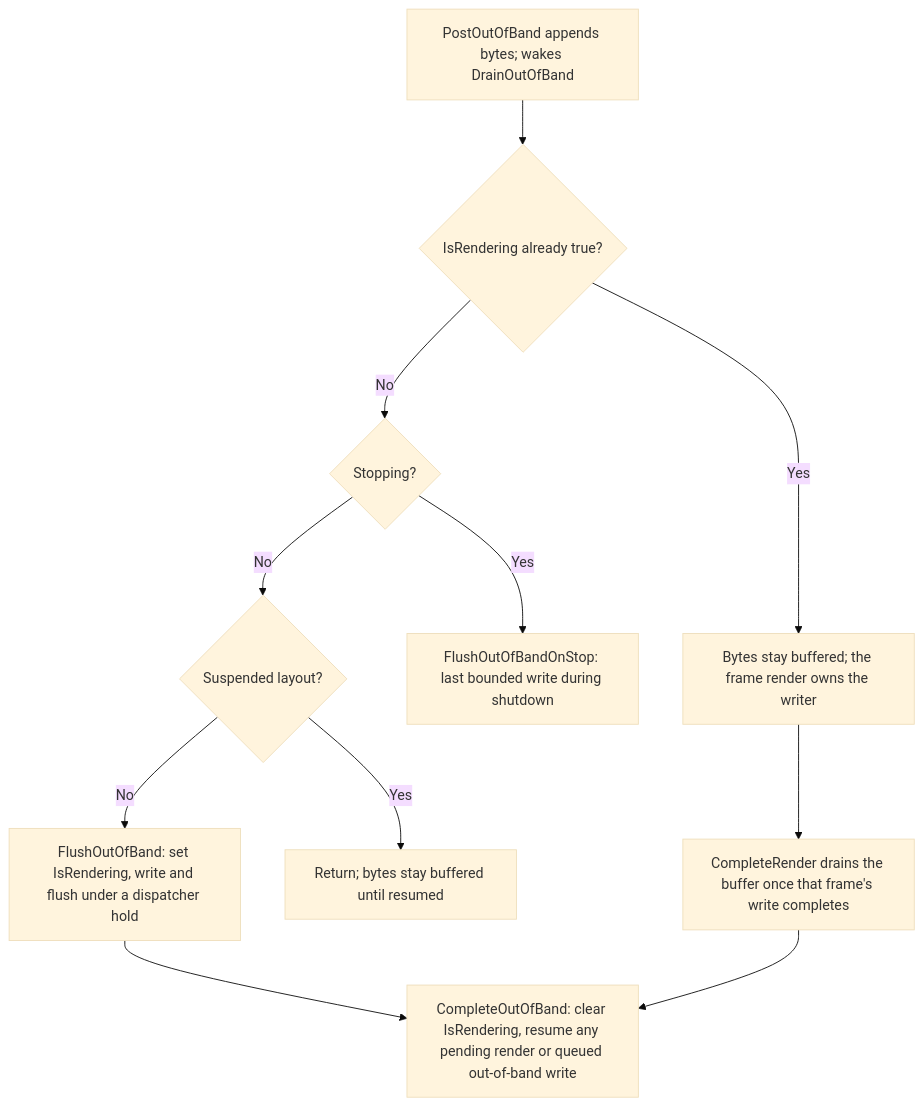
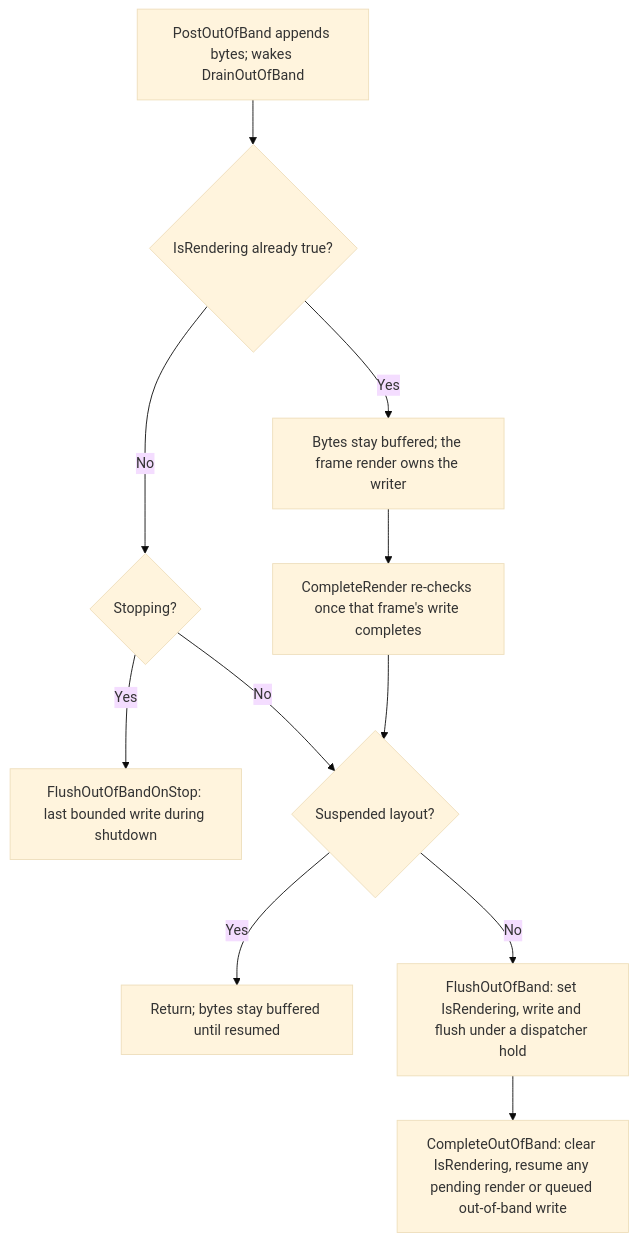
One commit to pavkam/sharp-vision changed the fourth of 7 diagrams in docs/architecture/runtime-event-loop.md. Above: the diagram before and after it, drawn with Mermaid (base theme). The commit also changed other lines of this file, not shown here.

First line of the commit message:
docs(runtime-event-loop): document CompleteRender's Suspended() gate

````diff
--- a/docs/architecture/runtime-event-loop.md
+++ b/docs/architecture/runtime-event-loop.md
@@ -196,13 +199,13 @@
 ```mermaid
 flowchart TD
     Post["PostOutOfBand appends bytes; wakes DrainOutOfBand"] --> Rendering{"IsRendering already true?"}
     Rendering -->|Yes| Buffered["Bytes stay buffered; the frame render owns the writer"]
-    Buffered --> CompleteRender["CompleteRender drains the buffer once that frame's write completes"]
+    Buffered --> CompleteRender["CompleteRender re-checks once that frame's write completes"]
     Rendering -->|No| Stopping{"Stopping?"}
     Stopping -->|Yes| FlushOnStop["FlushOutOfBandOnStop: last bounded write during shutdown"]
     Stopping -->|No| Suspended{"Suspended layout?"}
+    CompleteRender --> Suspended
     Suspended -->|Yes| Wait["Return; bytes stay buffered until resumed"]
     Suspended -->|No| Flush["FlushOutOfBand: set IsRendering, write and flush under a dispatcher hold"]
     Flush --> Complete["CompleteOutOfBand: clear IsRendering, resume any pending render or queued out-of-band write"]
-    CompleteRender --> Complete
 ```
````
